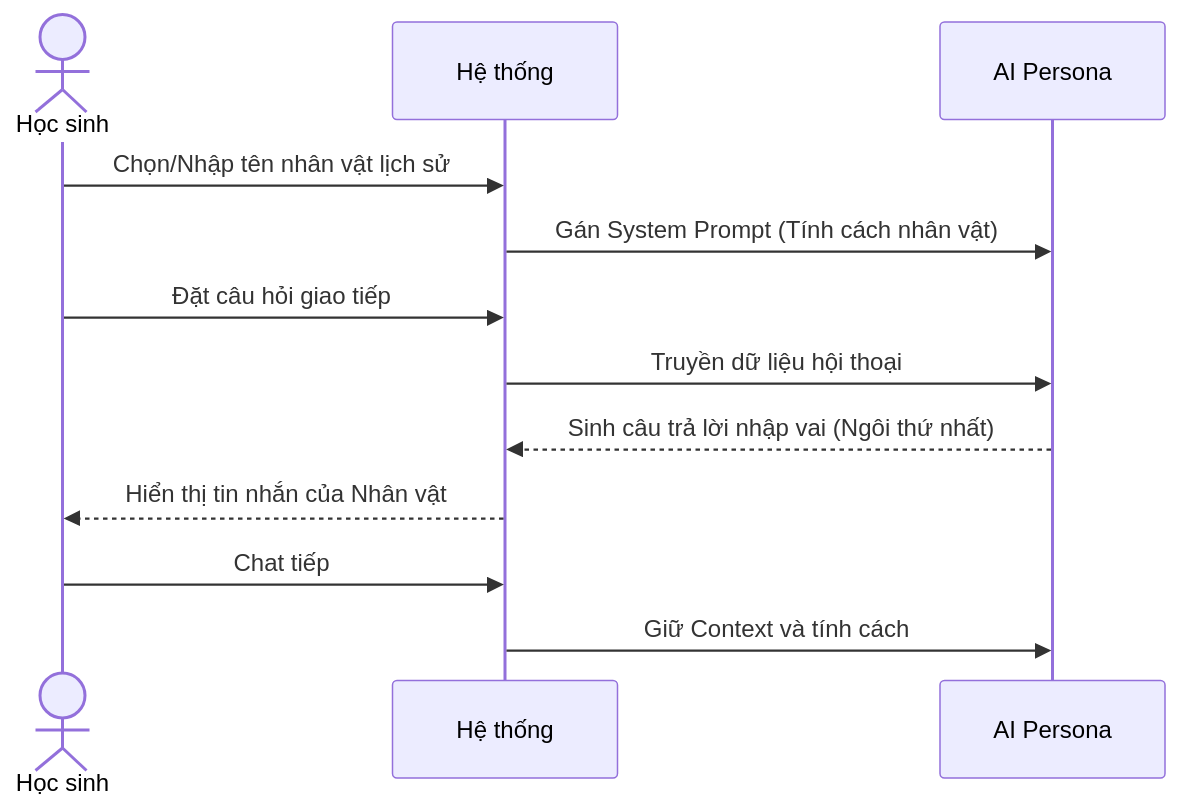
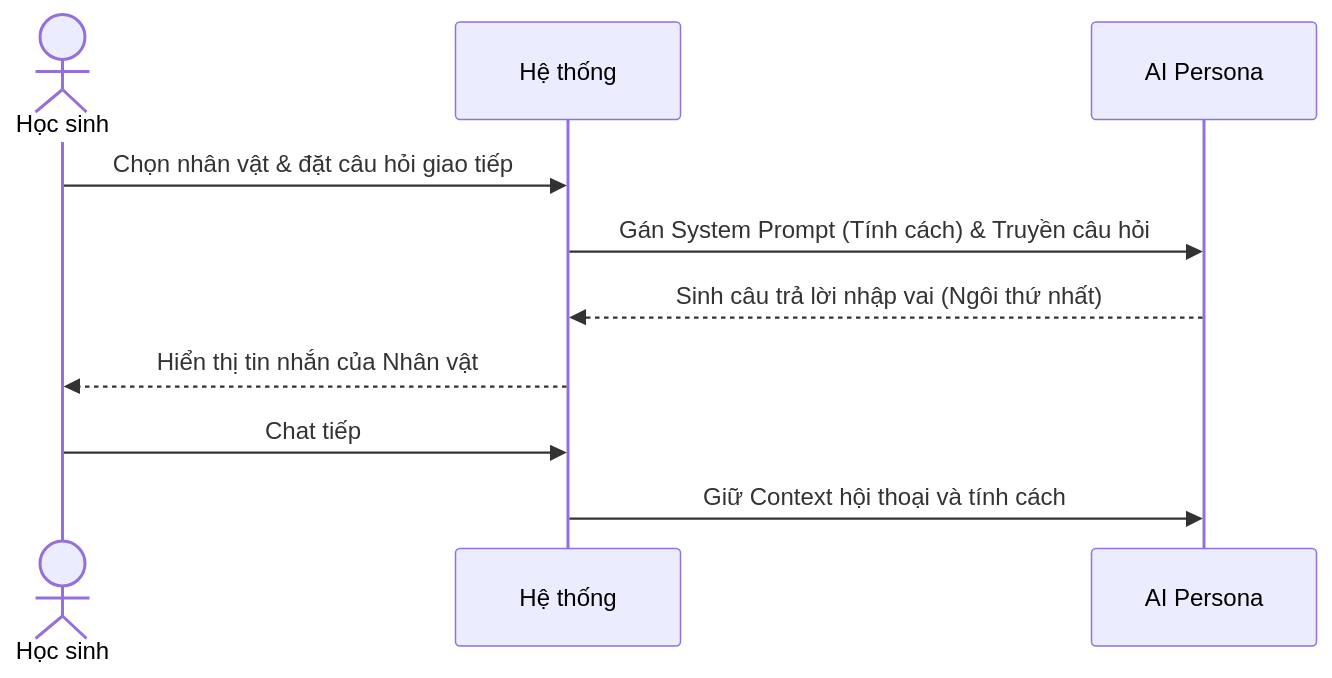
The third of 8 diagrams in docs/usecase/nhom_5_magicstudent.md (Cong-ty-TNNH-Q-Tech/Q-School), drawn with Mermaid before and after one commit. The commit also changed other lines of this file and 4 other files, not shown here.

Commit message:
docs(usecase): standardize all tables and sequence diagrams, fix temporal logic and AI roles

````diff
--- a/docs/usecase/nhom_5_magicstudent.md
+++ b/docs/usecase/nhom_5_magicstudent.md
@@ -92,15 +83,13 @@
 ```mermaid
 sequenceDiagram
     actor HS as Học sinh
     participant HT as Hệ thống
     participant AI as AI Persona
 
-    HS->>HT: Chọn/Nhập tên nhân vật lịch sử
-    HT->>AI: Gán System Prompt (Tính cách nhân vật)
-    HS->>HT: Đặt câu hỏi giao tiếp
-    HT->>AI: Truyền dữ liệu hội thoại
+    HS->>HT: Chọn nhân vật & đặt câu hỏi giao tiếp
+    HT->>AI: Gán System Prompt (Tính cách) & Truyền câu hỏi
     AI-->>HT: Sinh câu trả lời nhập vai (Ngôi thứ nhất)
     HT-->>HS: Hiển thị tin nhắn của Nhân vật
     HS->>HT: Chat tiếp
-    HT->>AI: Giữ Context và tính cách
+    HT->>AI: Giữ Context hội thoại và tính cách
 ```
````
